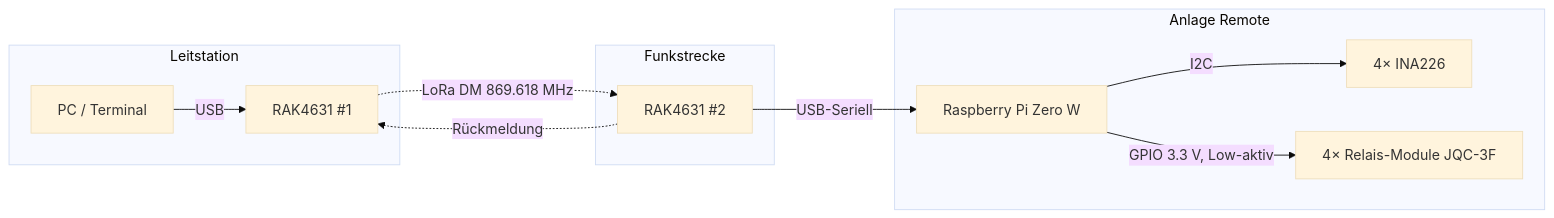
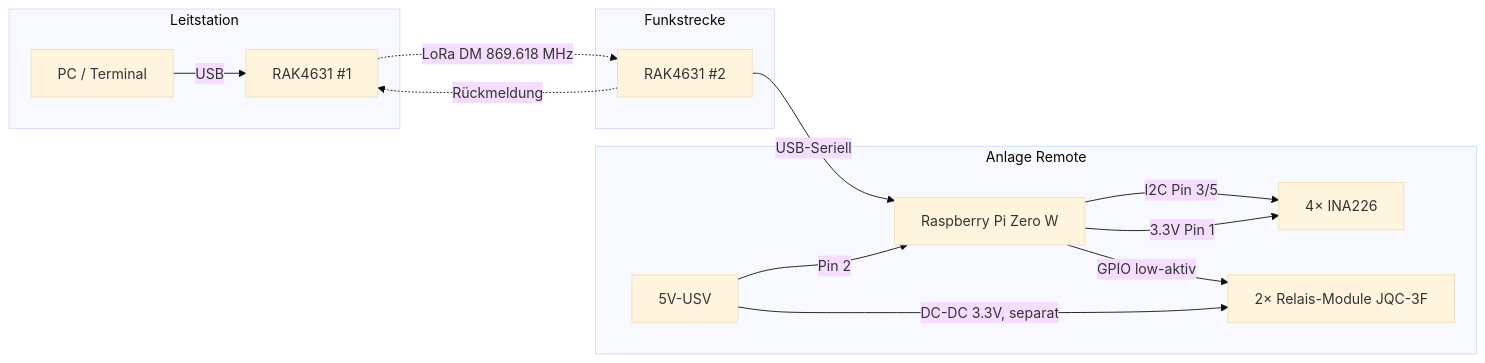
One commit to Paul-3400/Anlage-mit-MeshCore-steuern changed the diagram in README.md. Above: the diagram before and after it, drawn with Mermaid (base theme). The commit also changed other lines of this file, not shown here.

Commit message:
README: 2-Kanal-Architektur, Blockschaltbild verlinkt, Power-Budget & Roadmap aktualisiert

````diff
--- a/README.md
+++ b/README.md
@@ -25,15 +26,18 @@
 ```mermaid
 graph LR
     subgraph Leitstation
         A[PC / Terminal] -->|USB| B[RAK4631 #1]
     end
     subgraph Funkstrecke
         B -.->|LoRa DM 869.618 MHz| C[RAK4631 #2]
     end
     subgraph Anlage Remote
         C -->|USB-Seriell| D[Raspberry Pi Zero W]
-        D -->|I2C| E[4× INA226]
-        D -->|GPIO 3.3 V, Low-aktiv| F[4× Relais-Module JQC-3F]
+        D -->|I2C Pin 3/5| E[4× INA226]
+        D -->|3.3V Pin 1| E
+        D -->|GPIO low-aktiv| F[2× Relais-Module JQC-3F]
+        G[5V-USV] -->|Pin 2| D
+        G -->|DC-DC 3.3V, separat| F
     end
     C -.->|Rückmeldung| B
 ```
````
